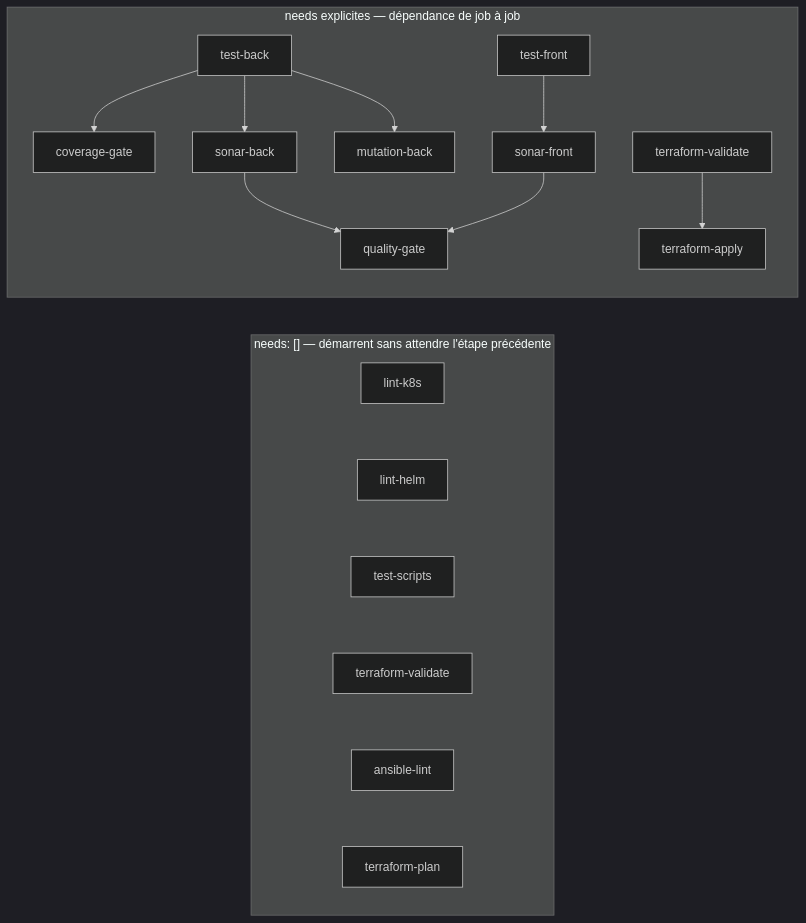
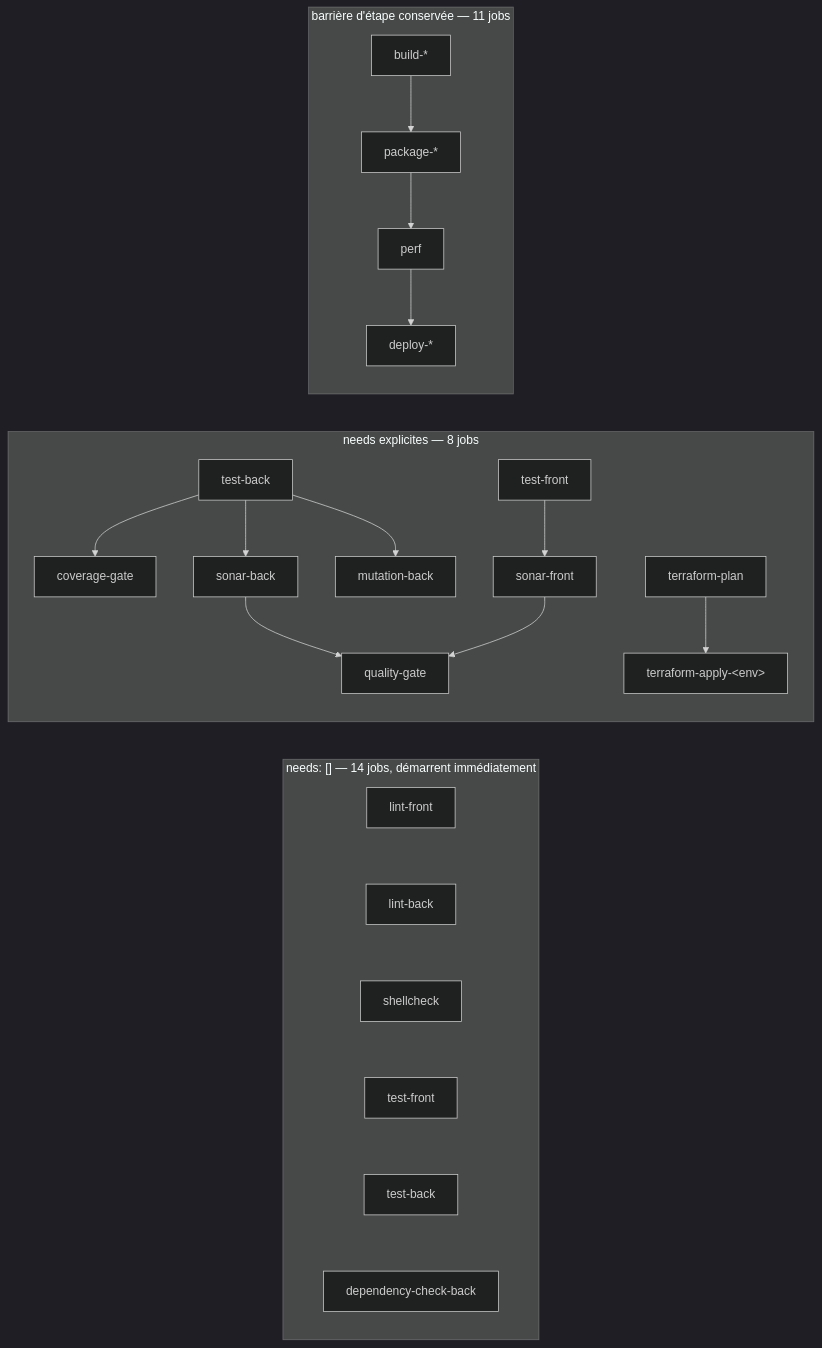
Before and after one commit to TedPasquiet/G-rez-le-cycle-de-vie-de-d-veloppement-logiciel: the diagram in docs/schemas/ci-interdependances.mmd, drawn with Mermaid (dark theme). The commit also changed 22 other files, not shown here.

Commit message:
refactor(ci): découpe le pipeline en 13 fichiers et le passe en graphe

```diff
--- a/docs/schemas/ci-interdependances.mmd
+++ b/docs/schemas/ci-interdependances.mmd
@@ -1,17 +1,20 @@
-%% Schéma — Les interdépendances réelles entre jobs.
+%% Schéma — Les interdépendances entre jobs.
 %% Source versionnée du bloc Mermaid de docs/pipeline-ci.md §3.
-%% Douze jobs sortent de l'ordre des étapes : six par `needs: []` qui démarrent
-%% immédiatement, six par un `needs` explicite de job à job.
+%% 14 jobs démarrent immédiatement, 8 déclarent un besoin précis, et 11 gardent
+%% volontairement la barrière d'étape : on ne package pas ce qui n'est pas vérifié.
 flowchart LR
-    subgraph A["needs: [] — démarrent sans attendre l'étape précédente"]
-        a1["lint-k8s"] ~~~ a2["lint-helm"] ~~~ a3["test-scripts"] ~~~ a4["terraform-validate"] ~~~ a5["ansible-lint"] ~~~ a6["terraform-plan"]
+    subgraph A["needs: [] — 14 jobs, démarrent immédiatement"]
+        a1["lint-front"] ~~~ a2["lint-back"] ~~~ a3["shellcheck"] ~~~ a4["test-front"] ~~~ a5["test-back"] ~~~ a6["dependency-check-back"]
     end
-    subgraph B["needs explicites — dépendance de job à job"]
+    subgraph B["needs explicites — 8 jobs"]
         tb["test-back"] --> cg["coverage-gate"]
         tb --> sb["sonar-back"]
         tb --> mb["mutation-back"]
         tf["test-front"] --> sf["sonar-front"]
         sb --> qg["quality-gate"]
         sf --> qg
-        tval["terraform-validate"] --> tapp["terraform-apply"]
+        tpl["terraform-plan"] --> tap["terraform-apply-&lt;env&gt;"]
     end
+    subgraph C["barrière d'étape conservée — 11 jobs"]
+        bu["build-*"] --> pk["package-*"] --> pf["perf"] --> dp["deploy-*"]
+    end
```
